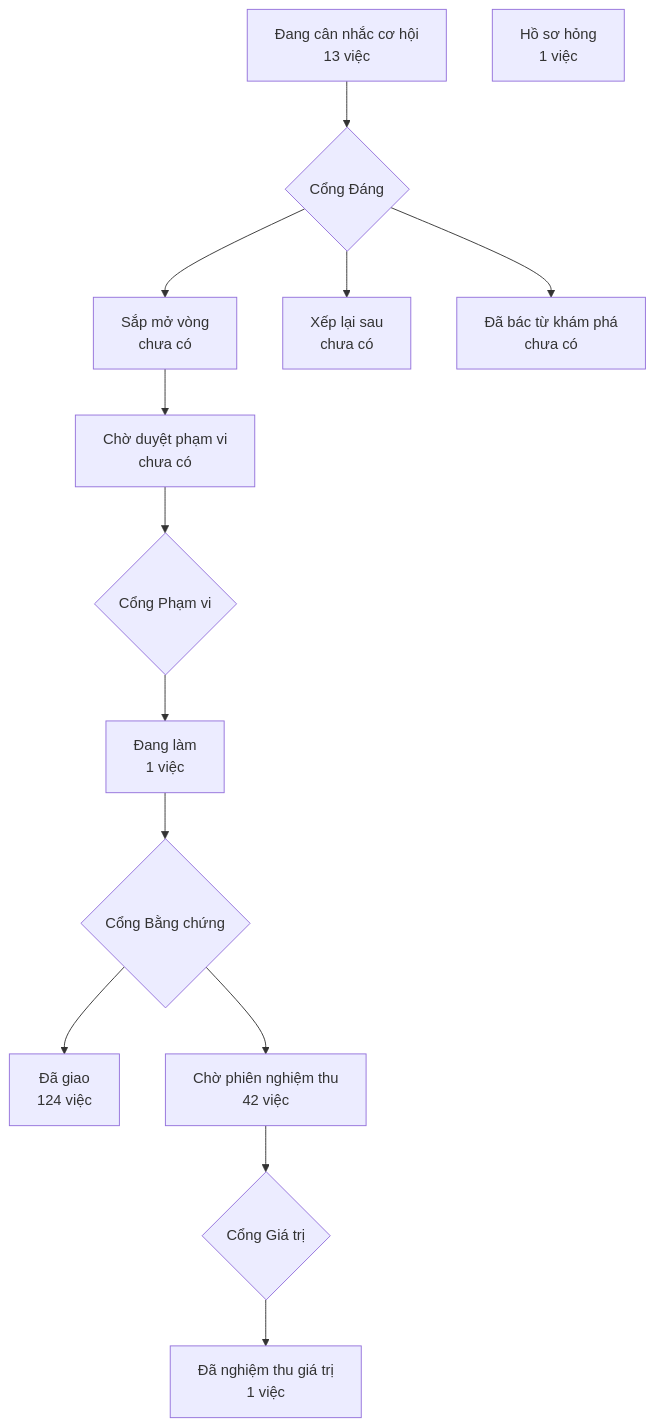
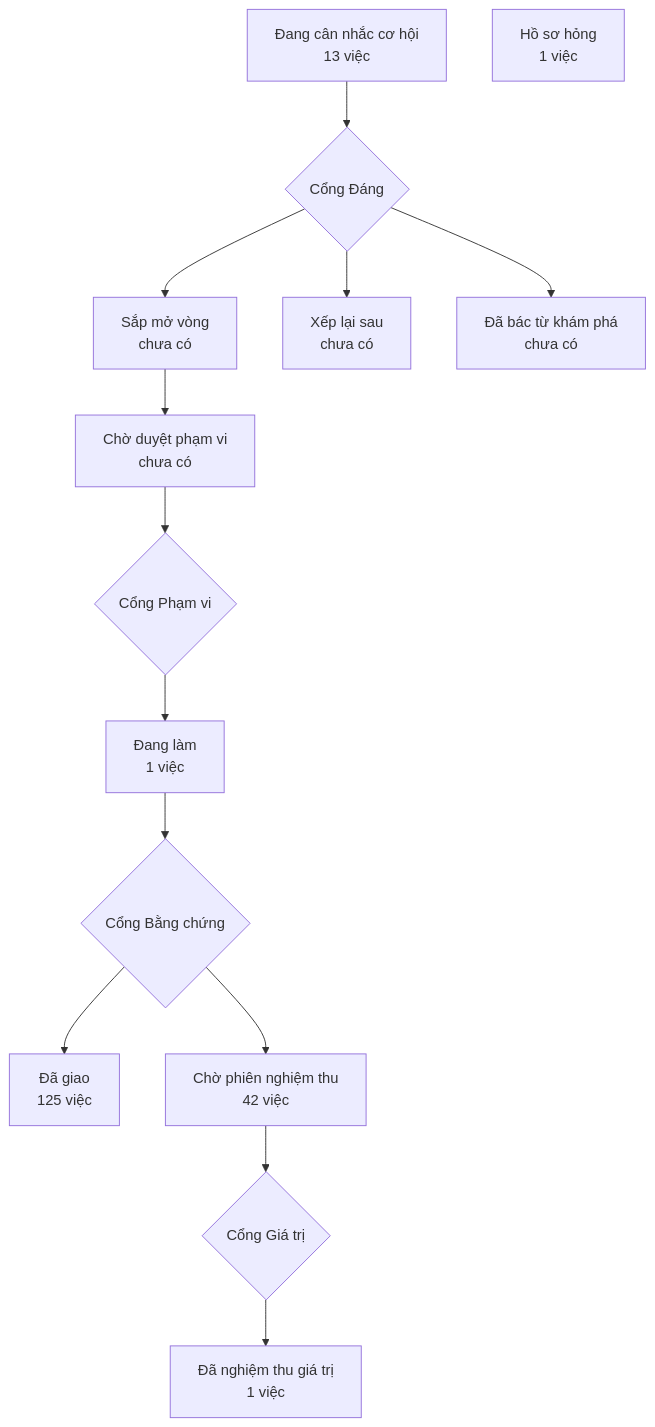
The diagram in PRODUCT-MAP.md (phanlemanh/crm-onehub), drawn with Mermaid before and after one commit. The commit also changed other lines of this file and 4 other files, not shown here.

````diff
--- a/PRODUCT-MAP.md
+++ b/PRODUCT-MAP.md
@@ -7,13 +7,13 @@
 ```mermaid
 flowchart TD
   A["Đang cân nhắc cơ hội<br/>13 việc"] --> GD{"Cổng Đáng"}
   GD --> B["Sắp mở vòng<br/>chưa có"]
   GD --> XL["Xếp lại sau<br/>chưa có"]
   GD --> DB["Đã bác từ khám phá<br/>chưa có"]
   B --> CD["Chờ duyệt phạm vi<br/>chưa có"] --> GP{"Cổng Phạm vi"}
   GP --> DL["Đang làm<br/>1 việc"] --> GB{"Cổng Bằng chứng"}
-  GB --> DG["Đã giao<br/>124 việc"]
+  GB --> DG["Đã giao<br/>125 việc"]
   GB --> CN["Chờ phiên nghiệm thu<br/>42 việc"] --> GG{"Cổng Giá trị"}
   GG --> NT["Đã nghiệm thu giá trị<br/>1 việc"]
   HS["Hồ sơ hỏng<br/>1 việc"]
 ```
````
